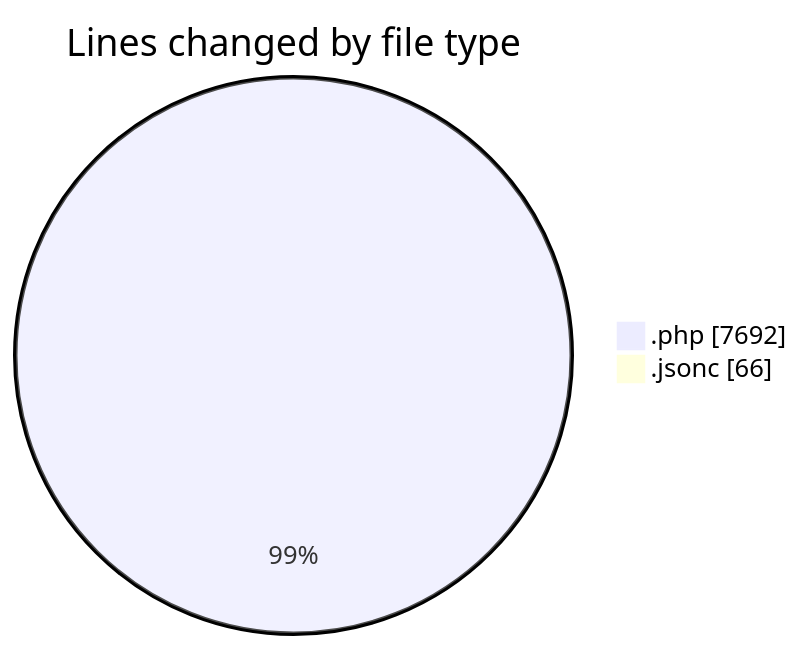
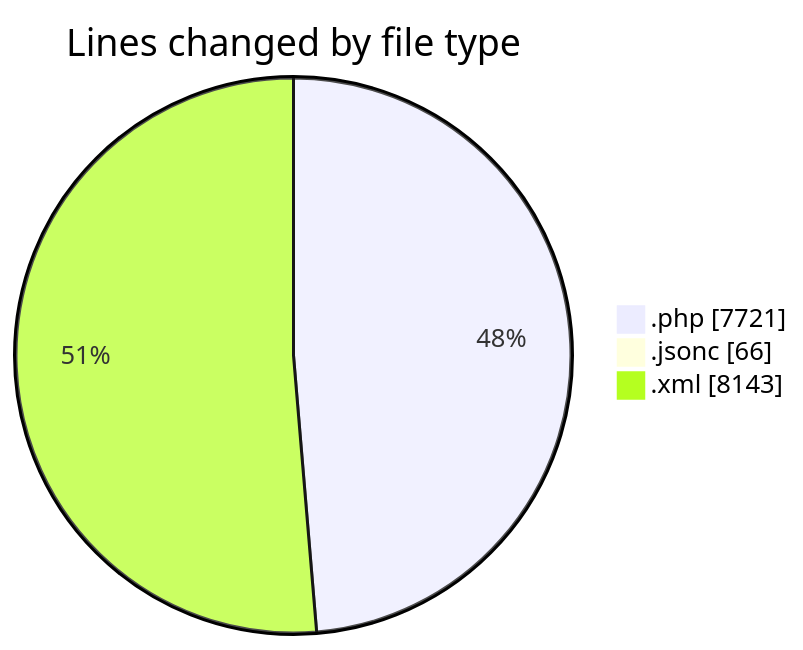
Before and after one commit to vahidmafi/code-tracking: the first of 2 diagrams in 2025-09-06/shop/README.md, drawn with Mermaid. The commit also changed other lines of this file and 1 other file, not shown here.

````diff
--- a/2025-09-06/shop/README.md
+++ b/2025-09-06/shop/README.md
@@ -27,6 +29,7 @@
 ```mermaid
 pie showData
 title Lines changed by file type
-".php" : 7692
+".php" : 7721
 ".jsonc" : 66
+".xml" : 8143
 ```
````
